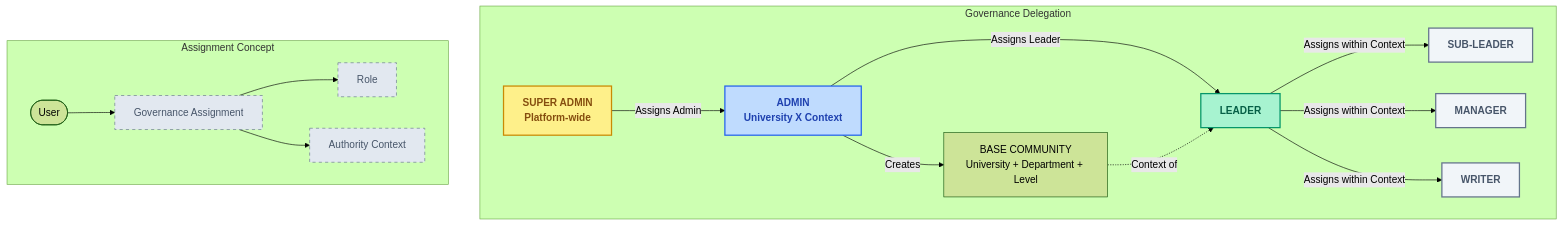
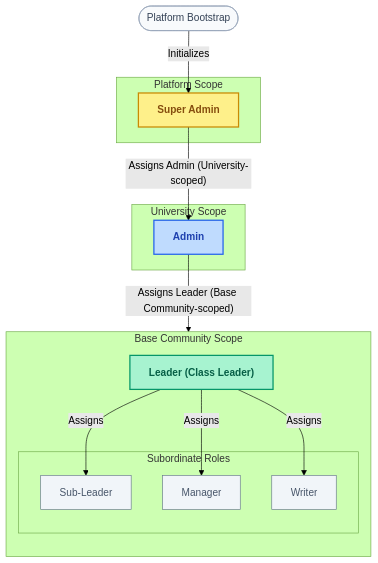
Before and after one commit to davidalbertstark-lab/Lenar: the second of 4 diagrams in docs/specifications/governance/governance-specification.md, drawn with Mermaid (forest theme). The commit also changed other lines of this file and 28 other files, not shown here.

Commit message:
docs: system-wide diagram redesign for first-instance comprehension

````diff
--- a/docs/specifications/governance/governance-specification.md
+++ b/docs/specifications/governance/governance-specification.md
@@ -102,35 +123,33 @@
 ```mermaid
 flowchart TD
+    classDef bootstrap fill:#f8fafc,stroke:#94a3b8,stroke-width:1px,color:#334155
     classDef platform fill:#fef08a,stroke:#ca8a04,stroke-width:2px,color:#854d0e,font-weight:bold
     classDef admin fill:#bfdbfe,stroke:#2563eb,stroke-width:2px,color:#1e40af,font-weight:bold
     classDef leader fill:#a7f3d0,stroke:#059669,stroke-width:2px,color:#065f46,font-weight:bold
-    classDef sub fill:#f1f5f9,stroke:#64748b,stroke-width:2px,color:#475569,font-weight:bold
-    classDef assignment fill:#e2e8f0,stroke:#64748b,stroke-width:1px,stroke-dasharray: 5 5,color:#475569
+    classDef sub fill:#f1f5f9,stroke:#64748b,stroke-width:1px,color:#475569
 
-    subgraph Governance Delegation
-        SA[SUPER ADMIN<br/>Platform-wide]
-        
-        SA -->|Assigns Admin| AdminX[ADMIN<br/>University X Context]
-        
-        AdminX -->|Creates| BC[BASE COMMUNITY<br/>University + Department + Level]
-        AdminX -->|Assigns Leader| Ldr[LEADER]
-        
-        BC -.->|Context of| Ldr
-        
-        Ldr -->|Assigns within Context| SubLdr[SUB-LEADER]
-        Ldr -->|Assigns within Context| Mgr[MANAGER]
-        Ldr -->|Assigns within Context| Wrt[WRITER]
+    subgraph PlatformScope["Platform Scope"]
+        SA["Super Admin"]:::platform
     end
 
-    subgraph Assignment Concept
-        Usr([User]) --> GovAssn[Governance Assignment]
-        GovAssn --> Role[Role]
-        GovAssn --> AuthCtx[Authority Context]
+    subgraph UniversityScope["University Scope"]
+        Admin["Admin"]:::admin
     end
 
-    class SA platform;
-    class AdminX admin;
-    class Ldr leader;
-    class SubLdr,Mgr,Wrt sub;
-    class GovAssn,Role,AuthCtx assignment;
+    subgraph CommunityScope["Base Community Scope"]
+        direction TB
+        Leader["Leader (Class Leader)"]:::leader
+        subgraph Subordinates["Subordinate Roles"]
+            SubLeader["Sub-Leader"]:::sub
+            Manager["Manager"]:::sub
+            Writer["Writer"]:::sub
+        end
+    end
+
+    Boot(["Platform Bootstrap"]):::bootstrap -->|"Initializes"| SA
+    SA -->|"Assigns Admin (University-scoped)"| Admin
+    Admin -->|"Assigns Leader (Base Community-scoped)"| Leader
+    Leader -->|"Assigns"| SubLeader
+    Leader -->|"Assigns"| Manager
+    Leader -->|"Assigns"| Writer
 ```
````
